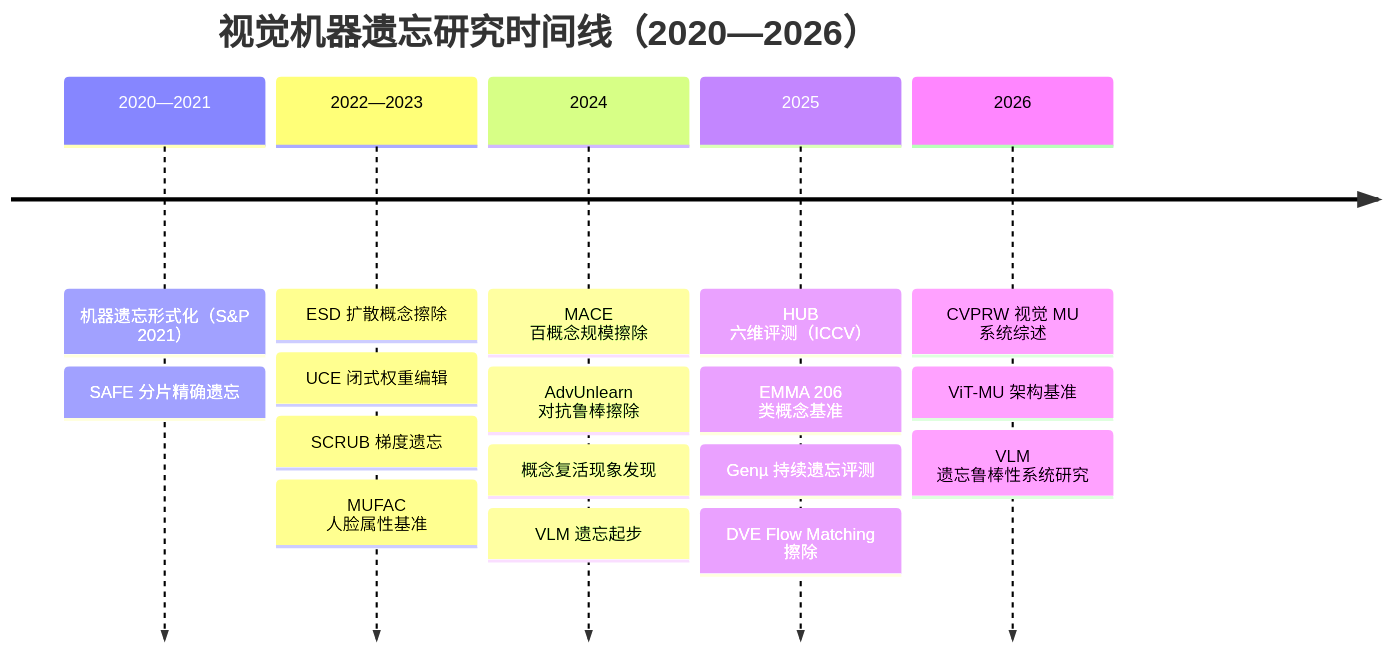
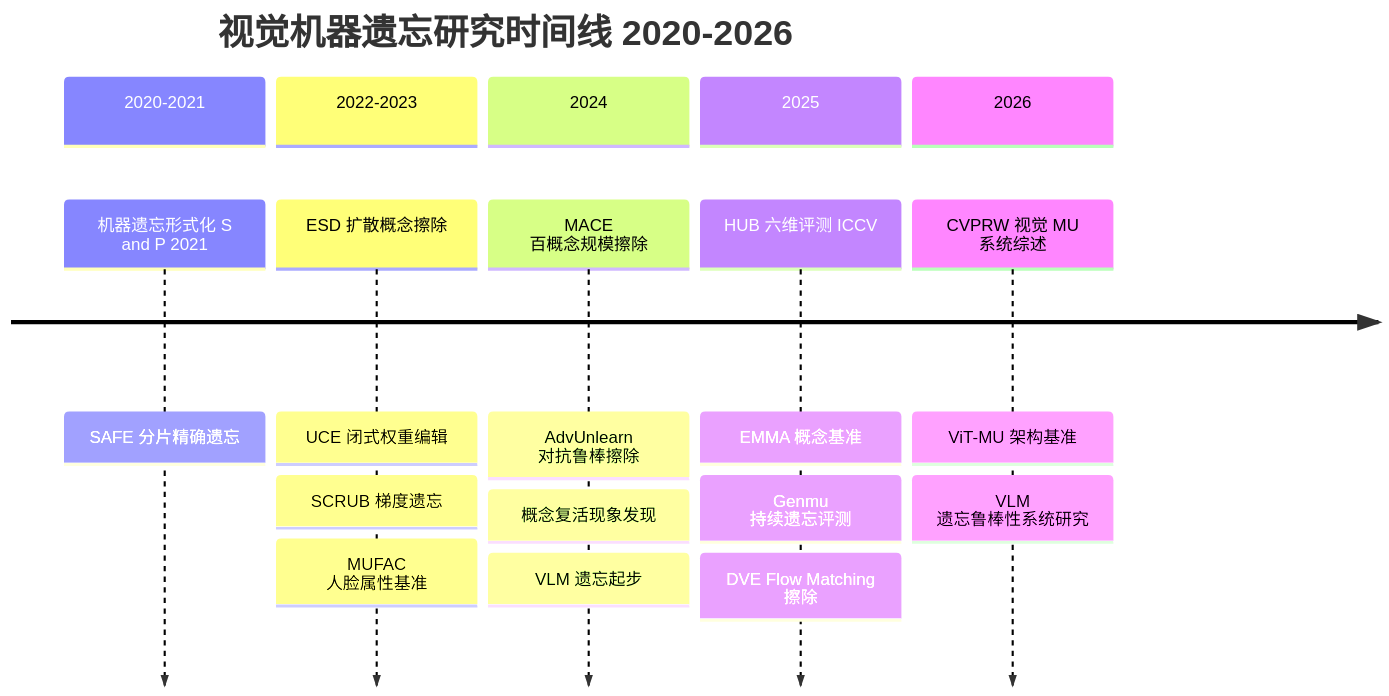
Before and after one commit to ranshaobaichi/CV_Final_Lab: the diagram in topics/machine-unlearning-cv/figures/research-timeline.mmd, drawn with Mermaid. The commit also changed 4 other files, not shown here.

First line of the commit message:
Fix Mermaid diagrams and remove draft metadata header

```diff
--- a/topics/machine-unlearning-cv/figures/research-timeline.mmd
+++ b/topics/machine-unlearning-cv/figures/research-timeline.mmd
@@ -1,19 +1,12 @@
 timeline
-    title 视觉机器遗忘研究时间线（2020—2026）
-    2020—2021 : 机器遗忘形式化（S&P 2021）
-              : SAFE 分片精确遗忘
-    2022—2023 : ESD 扩散概念擦除
-              : UCE 闭式权重编辑
-              : SCRUB 梯度遗忘
-              : MUFAC 人脸属性基准
-    2024 : MACE 百概念规模擦除
-         : AdvUnlearn 对抗鲁棒擦除
-         : 概念复活现象发现
-         : VLM 遗忘起步
-    2025 : HUB 六维评测（ICCV）
-         : EMMA 206 类概念基准
-         : Genµ 持续遗忘评测
-         : DVE Flow Matching 擦除
-    2026 : CVPRW 视觉 MU 系统综述
-         : ViT-MU 架构基准
-         : VLM 遗忘鲁棒性系统研究
+    title 视觉机器遗忘研究时间线 2020-2026
+    section 2020-2021
+      机器遗忘形式化 S and P 2021 : SAFE 分片精确遗忘
+    section 2022-2023
+      ESD 扩散概念擦除 : UCE 闭式权重编辑 : SCRUB 梯度遗忘 : MUFAC 人脸属性基准
+    section 2024
+      MACE 百概念规模擦除 : AdvUnlearn 对抗鲁棒擦除 : 概念复活现象发现 : VLM 遗忘起步
+    section 2025
+      HUB 六维评测 ICCV : EMMA 概念基准 : Genmu 持续遗忘评测 : DVE Flow Matching 擦除
+    section 2026
+      CVPRW 视觉 MU 系统综述 : ViT-MU 架构基准 : VLM 遗忘鲁棒性系统研究
```
